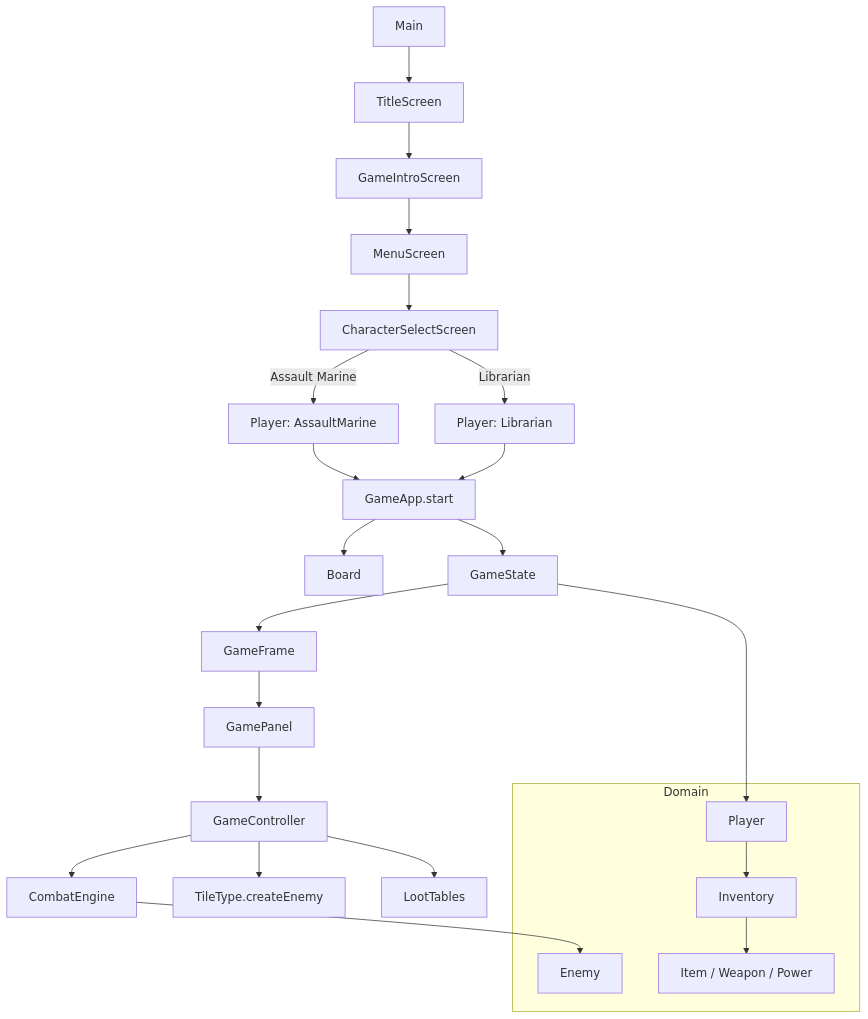
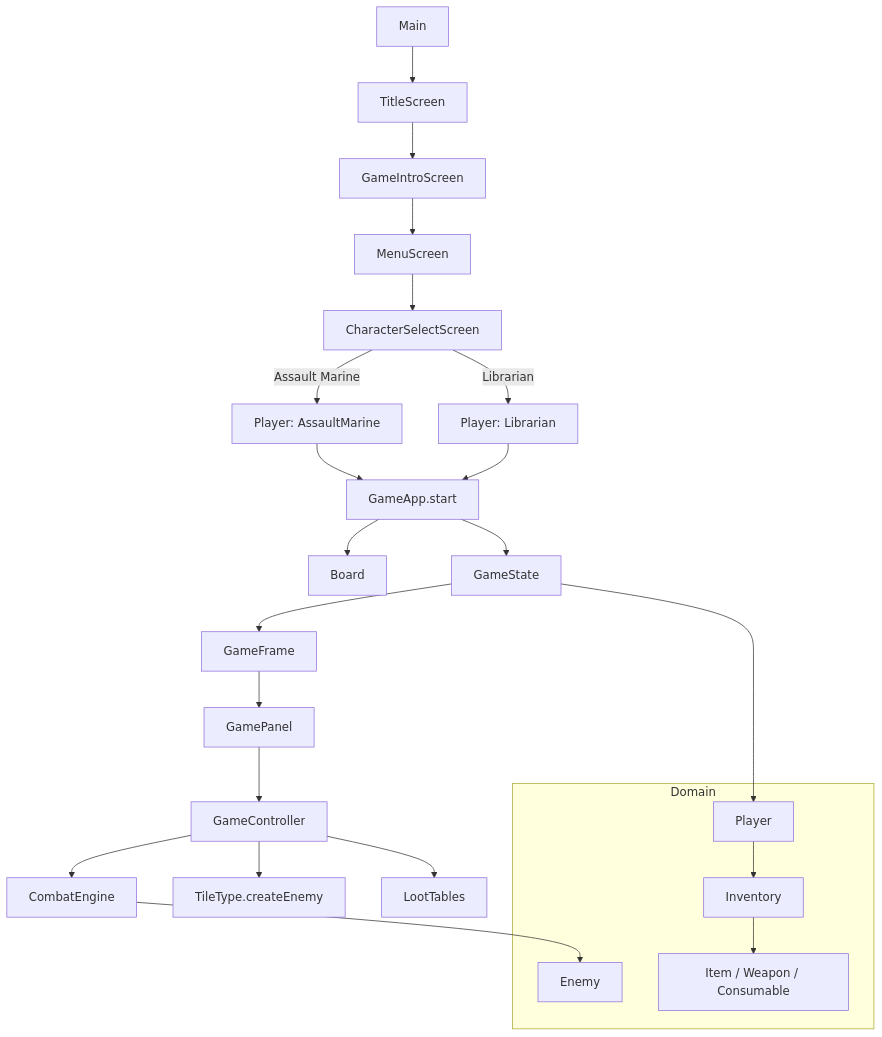
The diagram in README.md (Romain-massacrier/Escape-from-the-Battle-Barge), drawn with Mermaid before and after one commit. The commit also changed other lines of this file and 18 other files, not shown here.

````diff
--- a/README.md
+++ b/README.md
@@ -22,35 +22,35 @@
 ```mermaid
 flowchart TD
     A[Main] --> B[TitleScreen]
     B --> C[GameIntroScreen]
     C --> D[MenuScreen]
     D --> E[CharacterSelectScreen]
 
     E -->|Assault Marine| F[Player: AssaultMarine]
     E -->|Librarian| G[Player: Librarian]
 
     F --> H[GameApp.start]
     G --> H
 
     H --> I[Board]
     H --> J[GameState]
     J --> K[GameFrame]
     K --> L[GamePanel]
 
     L --> M[GameController]
     M --> N[CombatEngine]
     M --> O[TileType.createEnemy]
     M --> P[LootTables]
 
     subgraph Domain
         Q[Player]
         R[Enemy]
         S[Inventory]
-        T[Item / Weapon / Power]
+        T[Item / Weapon / Consumable]
     end
 
     J --> Q
     N --> R
     Q --> S
     S --> T
 ```
````
